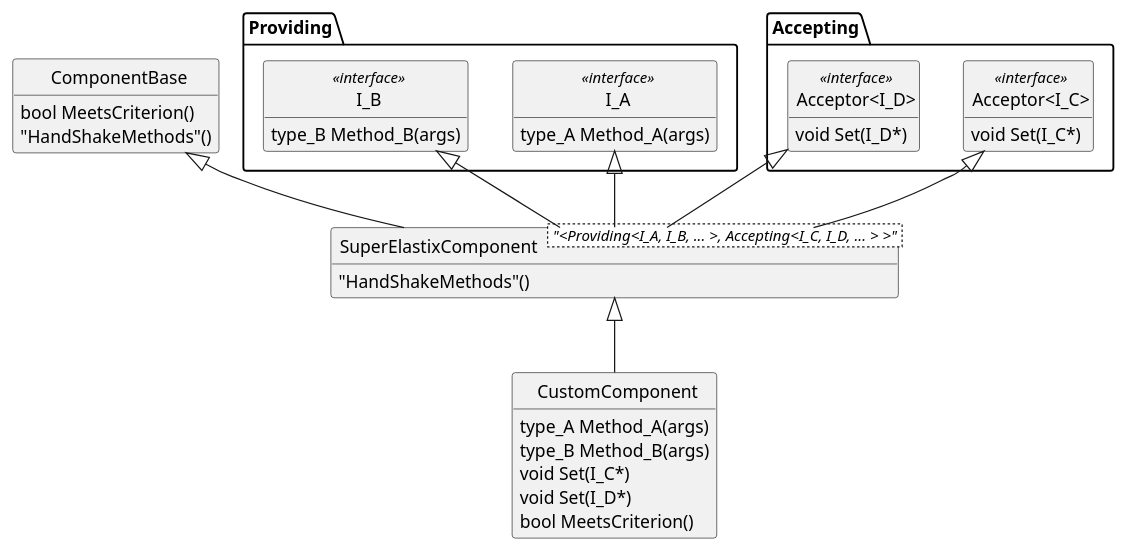
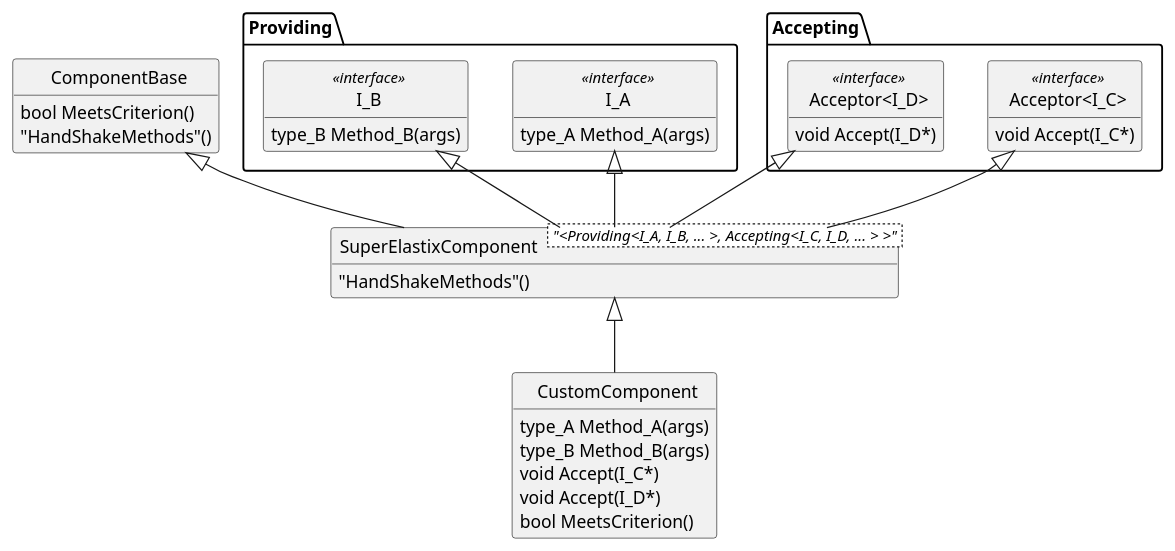
One commit to SuperElastix/SuperElastix-Documentation changed the second of 3 diagrams in source/Development.rst. Above: the diagram before and after it, drawn with PlantUML. The commit also changed other lines of this file and 2 other files, not shown here.

First line of the commit message:
ENH: Renamed Set to Accept in handshake in docs

```diff
--- a/source/Development.rst
+++ b/source/Development.rst
@@ -189,55 +189,55 @@
     .. uml::
     
           @startuml
           
           'style options 
           skinparam monochrome true
           skinparam circledCharacterRadius 0
           skinparam circledCharacterFontSize 0
           skinparam classAttributeIconSize 0
           hide empty members
           
           class CustomComponent{
           type_A Method_A(args)
           type_B Method_B(args)
-          void Set(I_C*)
-          void Set(I_D*)
+          void Accept(I_C*)
+          void Accept(I_D*)
           bool MeetsCriterion()
           }
           
           class SuperElastixComponent< "<Providing<I_A, I_B, ... >, Accepting<I_C, I_D, ... > >" > {
           "HandShakeMethods"()
           }
     
           package Providing {
           class I_A << interface >> {
           type_A Method_A(args)
           }
           class I_B << interface >> {
           type_B Method_B(args)
           }
           }
           
           package Accepting {     
           class "Acceptor<I_C>" << interface >> {
-          void Set(I_C*)
+          void Accept(I_C*)
           }
           
           class "Acceptor<I_D>" << interface >> {
-          void Set(I_D*)
+          void Accept(I_D*)
           }
           }
           
           class ComponentBase {
           bool MeetsCriterion()
           "HandShakeMethods"()
           }
           
           ComponentBase <|-- SuperElastixComponent
           I_A <|-- SuperElastixComponent
           I_B <|-- SuperElastixComponent
           "Acceptor<I_C>" <|-- SuperElastixComponent
           "Acceptor<I_D>" <|-- SuperElastixComponent
           
           SuperElastixComponent <|-- CustomComponent 
           @enduml
```
